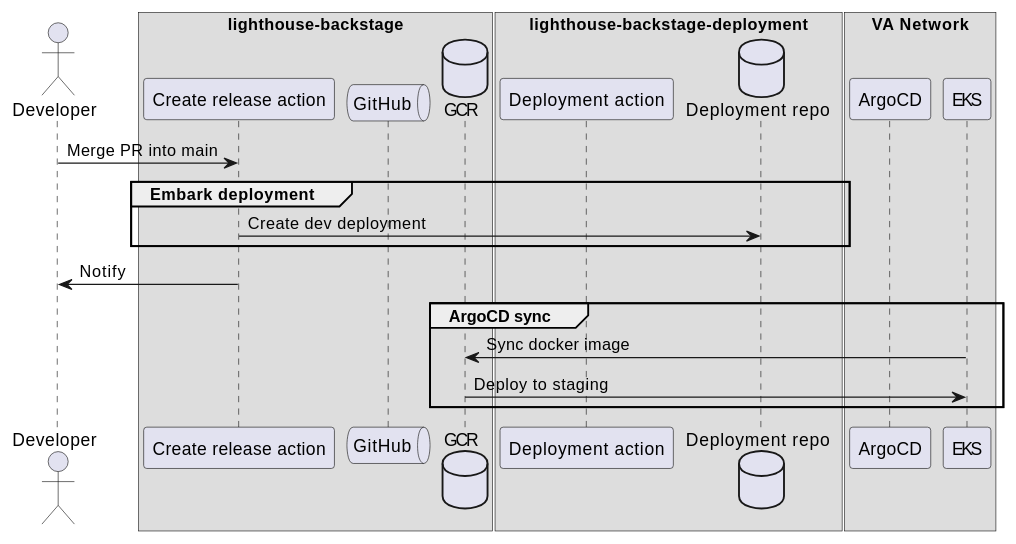
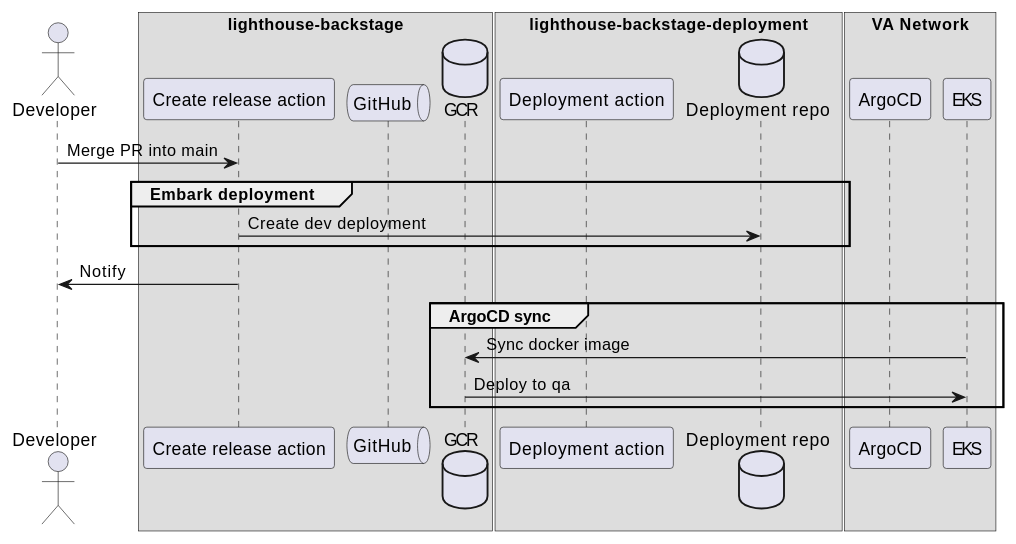
One commit to TS000/lighthouse-developer-portal changed the seventh of 8 diagrams in docs/deployment.md. Above: the diagram before and after it, drawn with PlantUML. The commit also changed other lines of this file, not shown here.

Commit message:
update environment name from staging to qa (#278)

````diff
--- a/docs/deployment.md
+++ b/docs/deployment.md
@@ -205,25 +205,25 @@
 ```plantuml
 actor Developer as dev
 box "lighthouse-backstage"
 participant "Create release action" as builder
 queue "GitHub" as platform
 database "GCR" as storage
 end box
 box "lighthouse-backstage-deployment"
 participant "Deployment action" as depaction
 database "Deployment repo" as drepo
 end box
 box VA Network
 participant "ArgoCD" as deployer
 participant "EKS" as runner
 end box
 dev -> builder: Merge PR into main
 group Embark deployment
 builder-> drepo: Create dev deployment
 end
 builder -> dev: Notify
 group ArgoCD sync
 runner->storage : Sync docker image
-storage->runner : Deploy to staging
+storage->runner : Deploy to qa
 end
 ```
````
